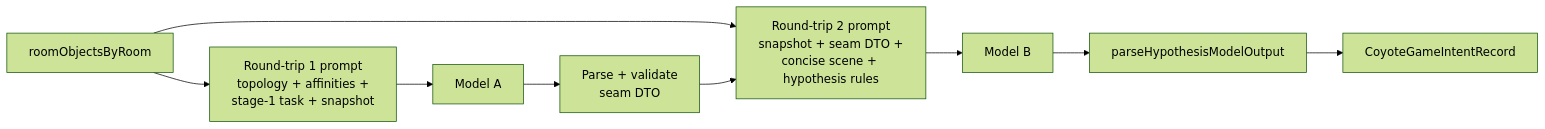
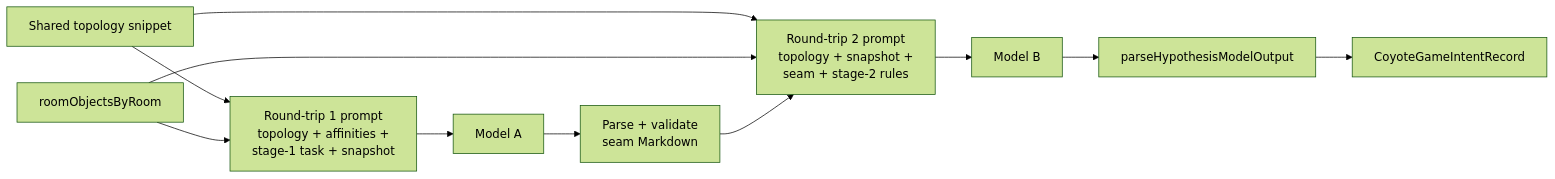
The diagram in taskPlanning/lambda/ephemera/dataSource/coyoteGame/AGENT.hypothesisPipeline.plan.md (TonyLB/maketheworld), drawn with Mermaid (forest theme) before and after one commit. The commit also changed other lines of this file and 15 other files, not shown here.

````diff
--- a/taskPlanning/lambda/ephemera/dataSource/coyoteGame/AGENT.hypothesisPipeline.plan.md
+++ b/taskPlanning/lambda/ephemera/dataSource/coyoteGame/AGENT.hypothesisPipeline.plan.md
@@ -82,15 +83,18 @@
 ```mermaid
 flowchart LR
+  topo[Shared topology snippet]
   snapshot[roomObjectsByRoom]
   p1[Round-trip 1 prompt\ntopology + affinities +\nstage-1 task + snapshot]
   m1[Model A]
-  seam[Parse + validate\nseam DTO]
-  p2[Round-trip 2 prompt\nsnapshot + seam DTO +\nconcise scene + hypothesis rules]
+  seam[Parse + validate\nseam Markdown]
+  p2[Round-trip 2 prompt\ntopology + snapshot +\nseam + stage-2 rules]
   m2[Model B]
   parse[parseHypothesisModelOutput]
   out[CoyoteGameIntentRecord]
 
+  topo --> p1
   snapshot --> p1 --> m1 --> seam
+  topo --> p2
   snapshot --> p2
   seam --> p2 --> m2 --> parse --> out
 ```
````
